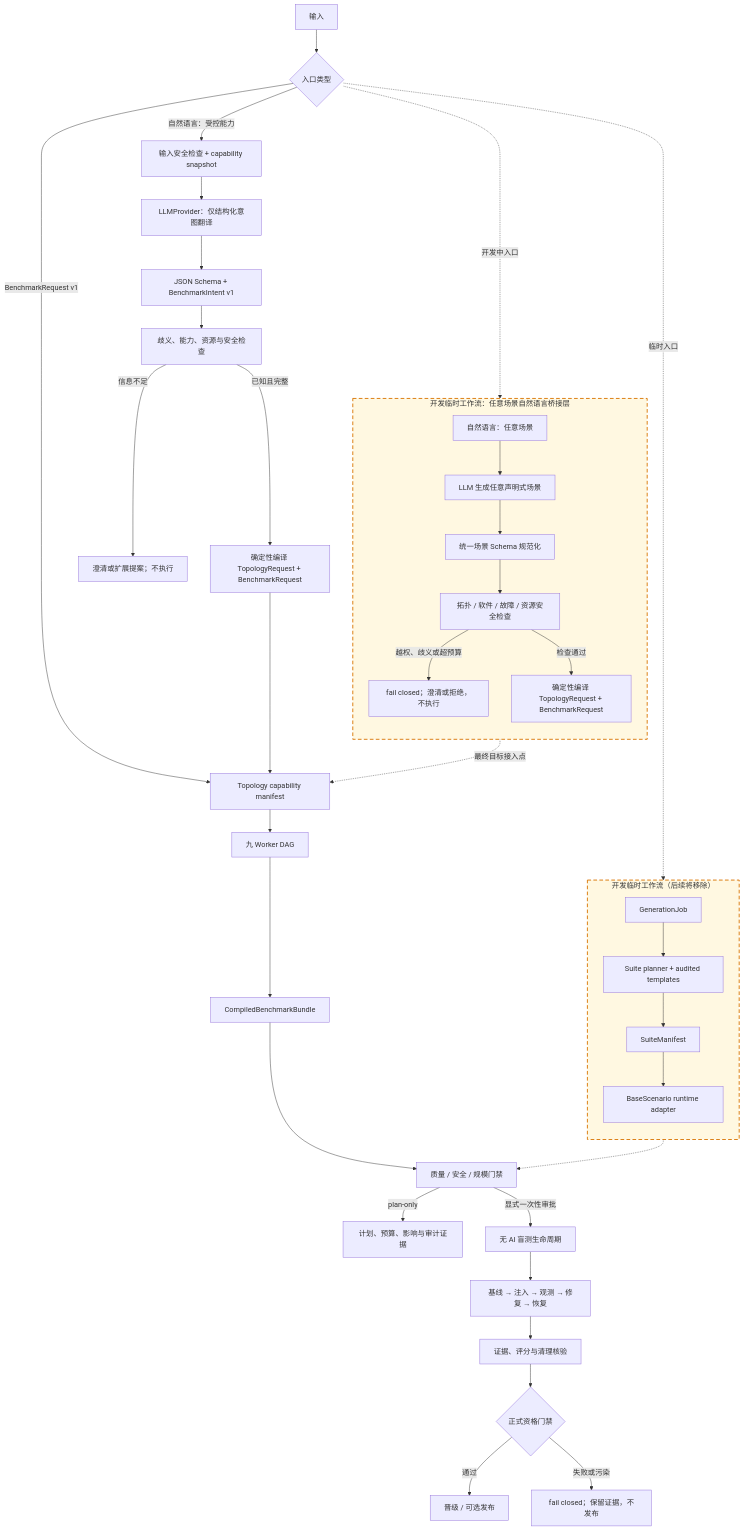
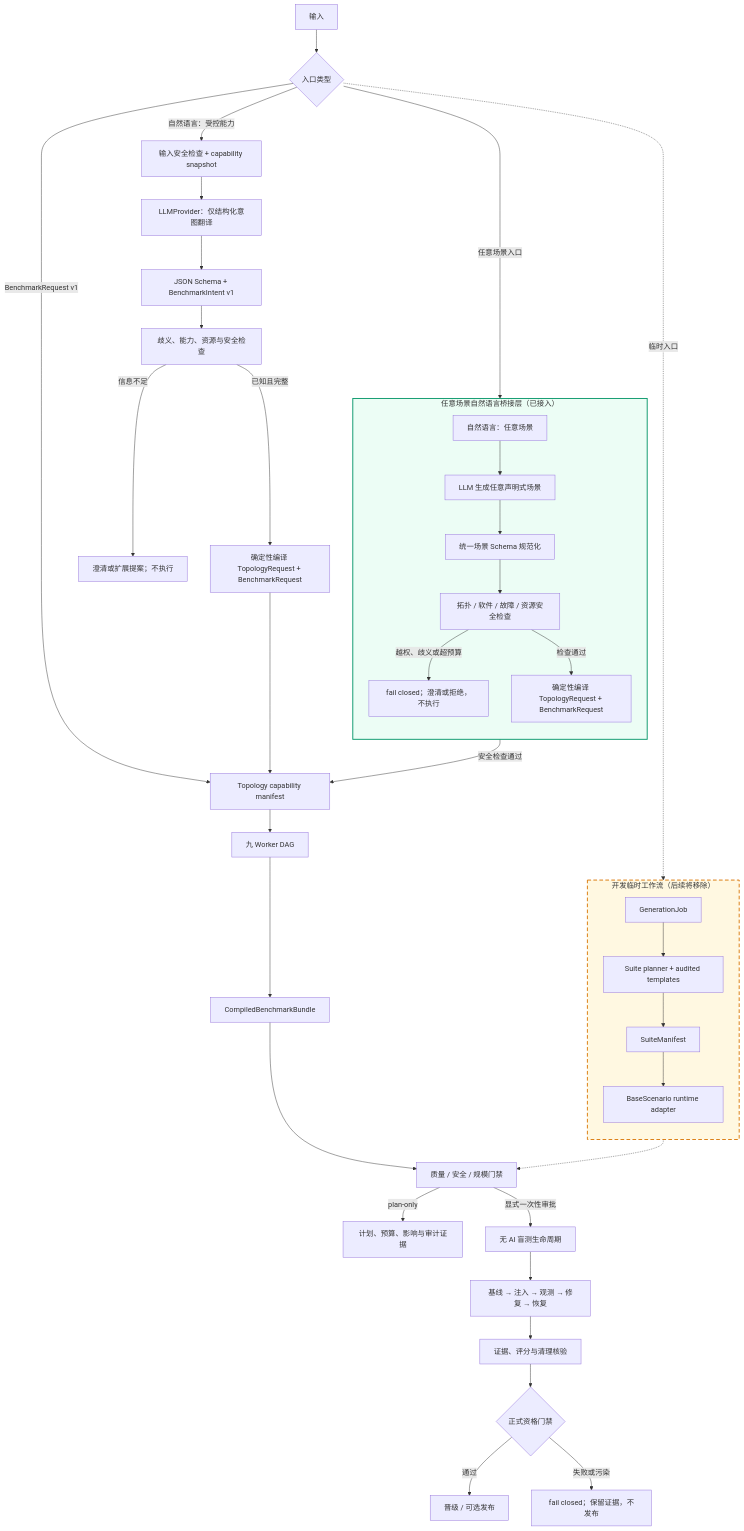
The diagram in benchmarks/generator/README.md (seed-labs/seed-emulator), drawn with Mermaid before and after one commit. The commit also changed other lines of this file and 16 other files, not shown here.

````diff
--- a/benchmarks/generator/README.md
+++ b/benchmarks/generator/README.md
@@ -18,47 +18,47 @@
 ```mermaid
 flowchart TB
     A["输入"] --> B{"入口类型"}
 
     subgraph TEMP["开发临时工作流（后续将移除）"]
         direction TB
         S1["GenerationJob"] --> S2["Suite planner + audited templates"]
         S2 --> S3["SuiteManifest"]
         S3 --> S4["BaseScenario runtime adapter"]
     end
     style TEMP fill:#fff8e1,stroke:#d97706,stroke-width:2px,stroke-dasharray:8 5
     B -.->|"临时入口"| S1
 
     B -->|"BenchmarkRequest v1"| P1["Topology capability manifest"]
     P1 --> P2["九 Worker DAG"]
     P2 --> P3["CompiledBenchmarkBundle"]
 
     B -->|"自然语言：受控能力"| N1["输入安全检查 + capability snapshot"]
     N1 --> N2["LLMProvider：仅结构化意图翻译"]
     N2 --> N3["JSON Schema + BenchmarkIntent v1"]
     N3 --> N4["歧义、能力、资源与安全检查"]
     N4 -->|"信息不足"| NC["澄清或扩展提案；不执行"]
     N4 -->|"已知且完整"| N5["确定性编译 TopologyRequest + BenchmarkRequest"]
     N5 --> P1
 
-    subgraph ARBITRARY_TEMP["开发临时工作流：任意场景自然语言桥接层"]
+    subgraph ARBITRARY["任意场景自然语言桥接层（已接入）"]
         direction TB
         U1["自然语言：任意场景"] --> U2["LLM 生成任意声明式场景"]
         U2 --> U3["统一场景 Schema 规范化"]
         U3 --> U4["拓扑 / 软件 / 故障 / 资源安全检查"]
         U4 -->|"越权、歧义或超预算"| UR["fail closed；澄清或拒绝，不执行"]
         U4 -->|"检查通过"| U5["确定性编译 TopologyRequest + BenchmarkRequest"]
     end
-    style ARBITRARY_TEMP fill:#fff8e1,stroke:#d97706,stroke-width:2px,stroke-dasharray:8 5
-    B -.->|"开发中入口"| U1
-    U5 -.->|"最终目标接入点"| P1
+    style ARBITRARY fill:#ecfdf5,stroke:#059669,stroke-width:2px
+    B -->|"任意场景入口"| U1
+    U5 -->|"安全检查通过"| P1
 
     P3 --> G["质量 / 安全 / 规模门禁"]
     S4 -.-> G
     G -->|"plan-only"| PV["计划、预算、影响与审计证据"]
     G -->|"显式一次性审批"| L["无 AI 盲测生命周期"]
     L --> L1["基线 → 注入 → 观测 → 修复 → 恢复"]
     L1 --> E["证据、评分与清理核验"]
     E --> Q{"正式资格门禁"}
     Q -->|"通过"| PUB["晋级 / 可选发布"]
     Q -->|"失败或污染"| FAIL["fail closed；保留证据，不发布"]
 ```
````
